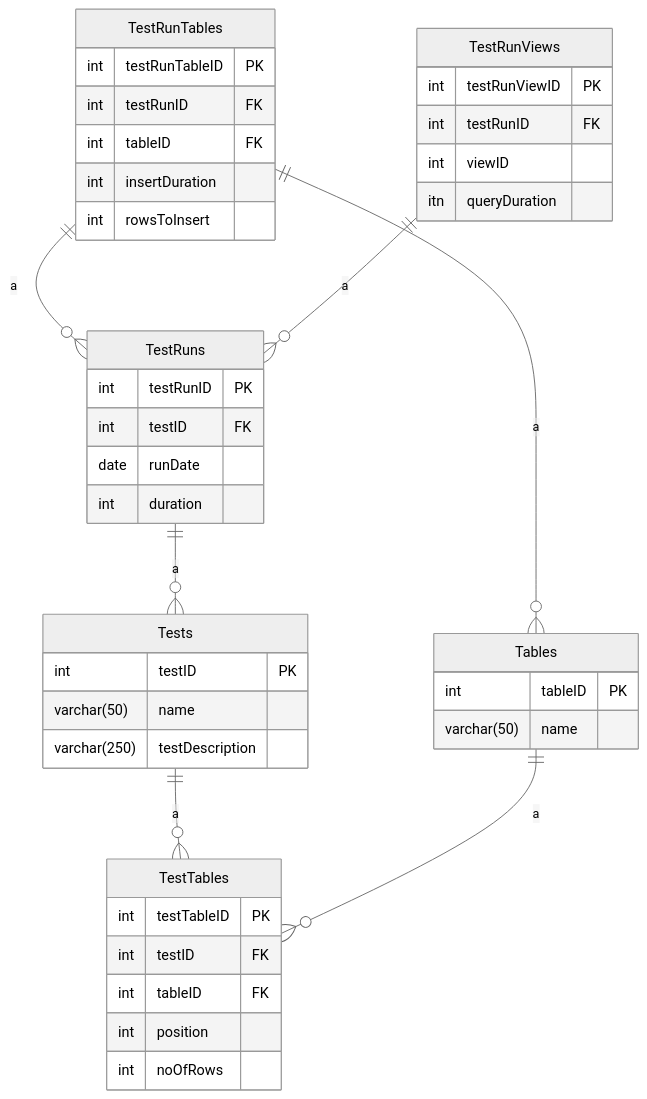
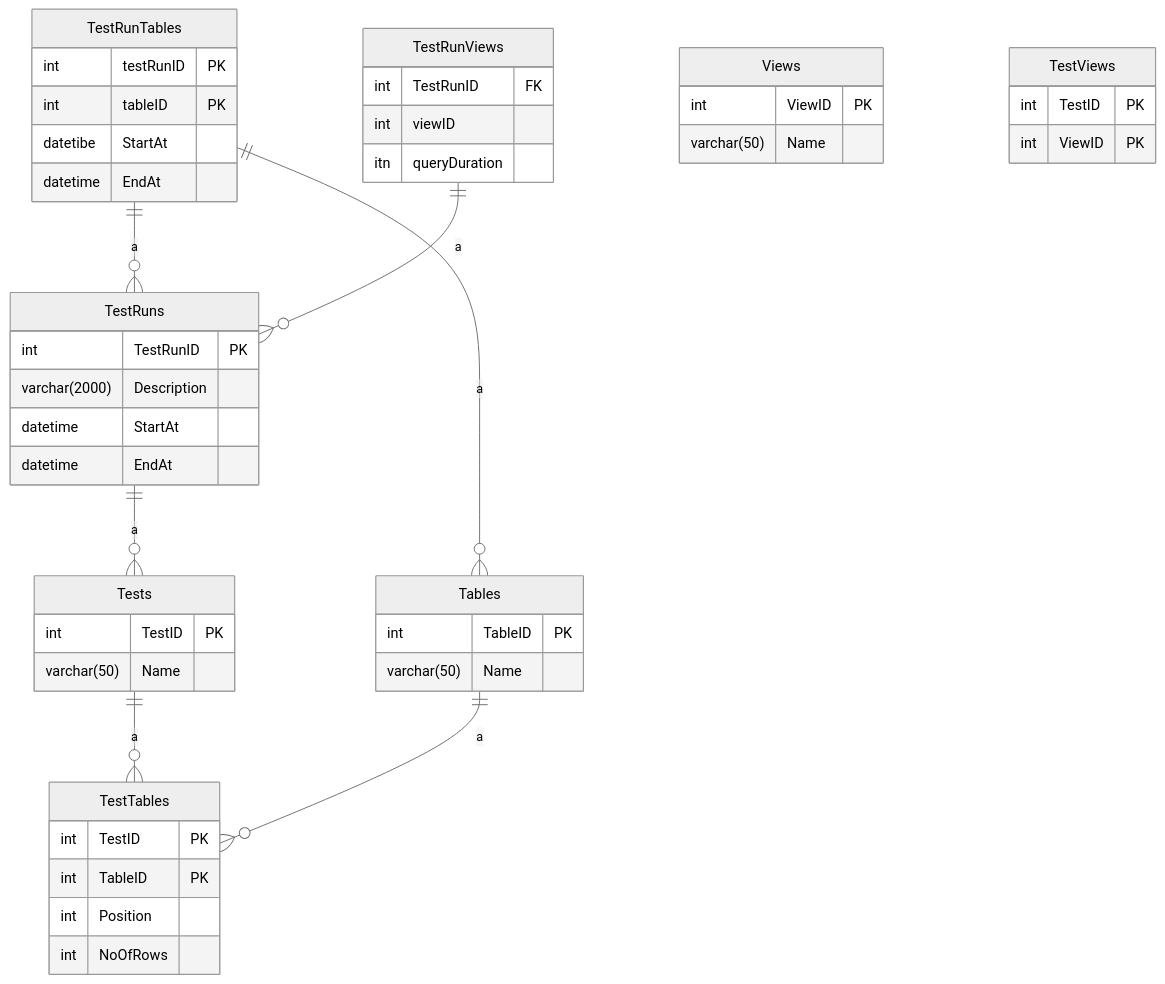
Before and after one commit to maiaiia/uni-lecture-notes: the diagram in Sem III/Databases/Lab 10 - Indexes.md, drawn with Mermaid (neutral theme).

Commit message:
vault backup: 2025-12-07 17:33:55

````diff
--- a/Sem III/Databases/Lab 10 - Indexes.md
+++ b/Sem III/Databases/Lab 10 - Indexes.md
@@ -14,51 +14,57 @@
 ```mermaid
 erDiagram
 	Tests ||--o{ TestTables : a
 	Tables ||--o{ TestTables : a
 	TestRuns ||--o{ Tests : a
 	TestRunTables ||--o{ TestRuns : a
 	TestRunTables ||--o{ Tables : a
 	TestRunViews ||--o{ TestRuns : a
 
 	Tests {
-		int testID PK
-		varchar(50) name
-		varchar(250) testDescription
+		int TestID PK
+		varchar(50) Name
 	}
 	
 	Tables {
-		int tableID PK
-		varchar(50) name
+		int TableID PK
+		varchar(50) Name
+	}
+	
+	Views {
+		int ViewID PK
+		varchar(50) Name
 	}
 	
 	TestTables {
-		int testTableID PK
-		int testID FK
-		int tableID FK
-		int position
-		int noOfRows
+		int TestID PK
+		int TableID PK
+		int Position
+		int NoOfRows
+	}
+	
+	TestViews {
+		int TestID PK
+		int ViewID PK
 	}
 	
     TestRuns {
-	    int testRunID PK
-        int testID FK
-        date runDate
-        int duration
+	    int TestRunID PK
+	    varchar(2000) Description
+        datetime StartAt
+        datetime EndAt
     }
 	
 	TestRunTables {
-		int testRunTableID PK
-		int testRunID FK
-		int tableID FK
-		int insertDuration
-		int rowsToInsert
+		int testRunID PK
+		int tableID PK
+		datetibe StartAt
+		datetime EndAt
 	}
 	
 	TestRunViews{
-		int testRunViewID PK
-		int testRunID FK
+		int TestRunID FK
 		int viewID
 		itn queryDuration
 	}
 	
 ```
````
